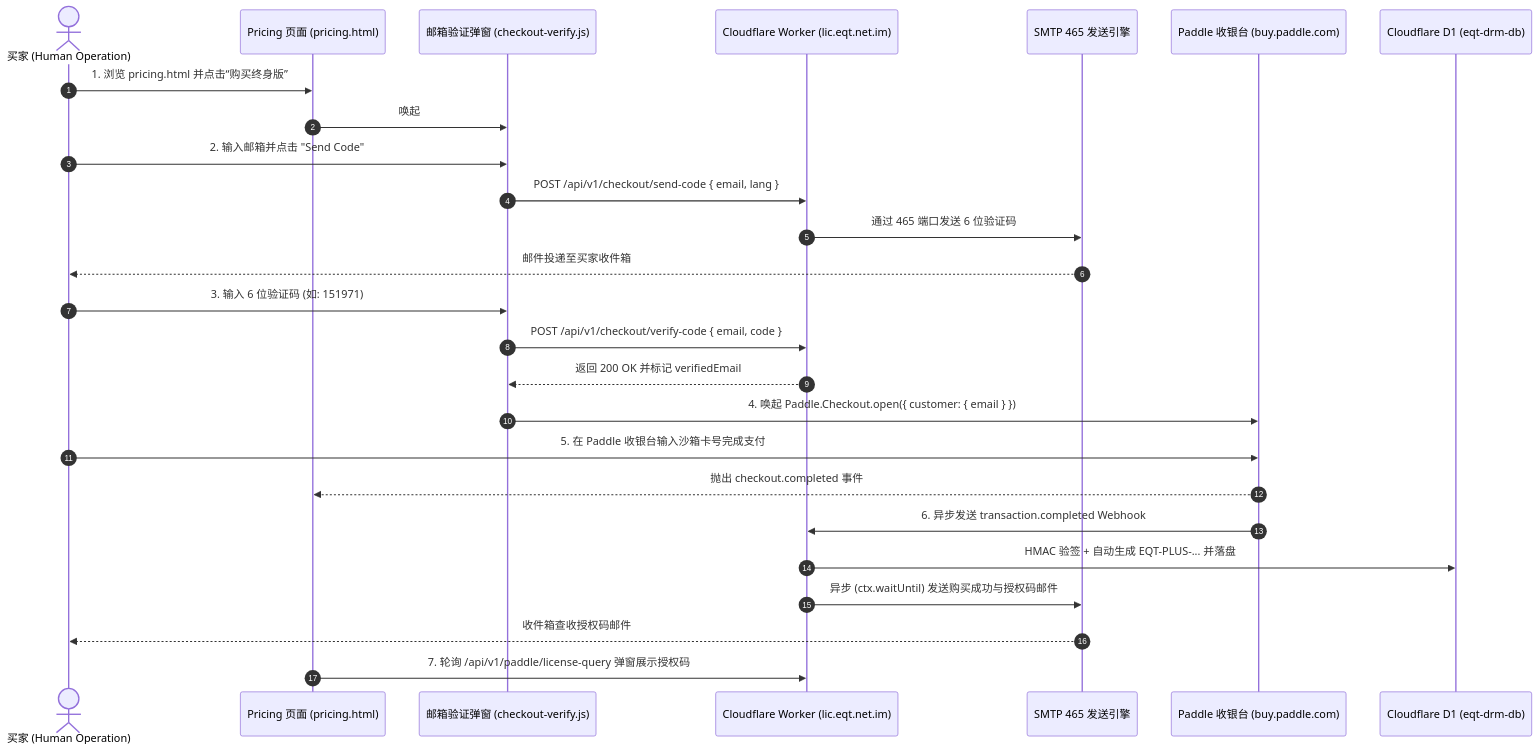
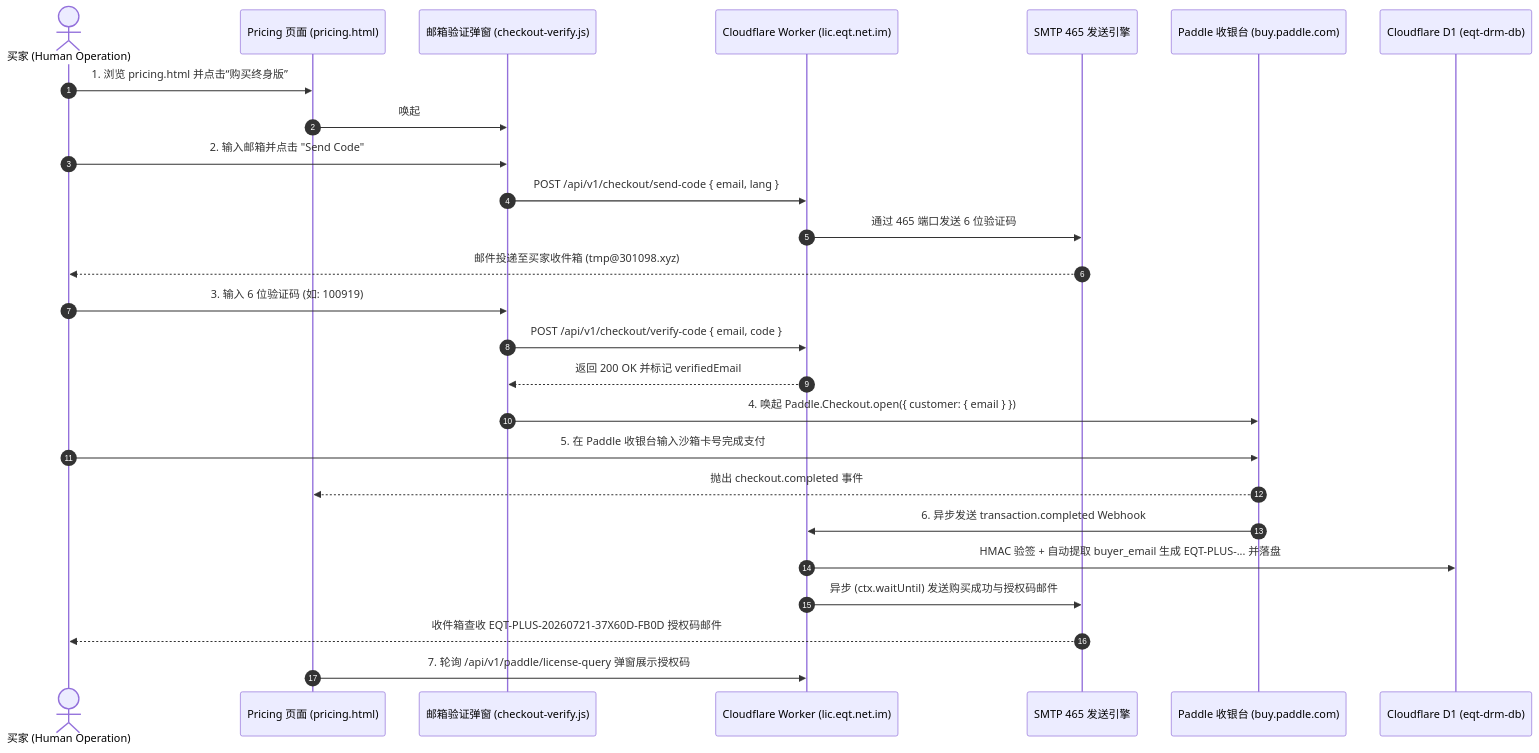
Before and after one commit to forpersuit/eqrcp: the diagram in docs/IMPORTANT_PURCHASE_FLOW.md, drawn with Mermaid. The commit also changed other lines of this file and 1 other file, not shown here.

Commit message:
Fix Paddle buyerEmail extraction bug & verify fresh purchase email

````diff
--- a/docs/IMPORTANT_PURCHASE_FLOW.md
+++ b/docs/IMPORTANT_PURCHASE_FLOW.md
@@ -24,29 +28,29 @@
 ```mermaid
 sequenceDiagram
     autonumber
     actor User as 买家 (Human Operation)
     participant Page as Pricing 页面 (pricing.html)
     participant Modal as 邮箱验证弹窗 (checkout-verify.js)
     participant Worker as Cloudflare Worker (lic.eqt.net.im)
     participant Mail as SMTP 465 发送引擎
     participant Paddle as Paddle 收银台 (buy.paddle.com)
     participant D1 as Cloudflare D1 (eqt-drm-db)
 
     User->>Page: 1. 浏览 pricing.html 并点击“购买终身版”
     Page->>Modal: 唤起 #verify-email-modal 验证弹窗
     User->>Modal: 2. 输入邮箱并点击 "Send Code"
     Modal->>Worker: POST /api/v1/checkout/send-code { email, lang }
     Worker->>Mail: 通过 465 端口发送 6 位验证码
-    Mail-->>User: 邮件投递至买家收件箱
-    User->>Modal: 3. 输入 6 位验证码 (如: 151971)
+    Mail-->>User: 邮件投递至买家收件箱 (tmp@301098.xyz)
+    User->>Modal: 3. 输入 6 位验证码 (如: 100919)
     Modal->>Worker: POST /api/v1/checkout/verify-code { email, code }
     Worker-->>Modal: 返回 200 OK 并标记 verifiedEmail
     Modal->>Paddle: 4. 唤起 Paddle.Checkout.open({ customer: { email } })
     User->>Paddle: 5. 在 Paddle 收银台输入沙箱卡号完成支付
     Paddle-->>Page: 抛出 checkout.completed 事件
     Paddle->>Worker: 6. 异步发送 transaction.completed Webhook
-    Worker->>D1: HMAC 验签 + 自动生成 EQT-PLUS-... 并落盘
+    Worker->>D1: HMAC 验签 + 自动提取 buyer_email 生成 EQT-PLUS-... 并落盘
     Worker->>Mail: 异步 (ctx.waitUntil) 发送购买成功与授权码邮件
-    Mail-->>User: 收件箱查收授权码邮件
+    Mail-->>User: 收件箱查收 EQT-PLUS-20260721-37X60D-FB0D 授权码邮件
     Page->>Worker: 7. 轮询 /api/v1/paddle/license-query 弹窗展示授权码
 ```
````
